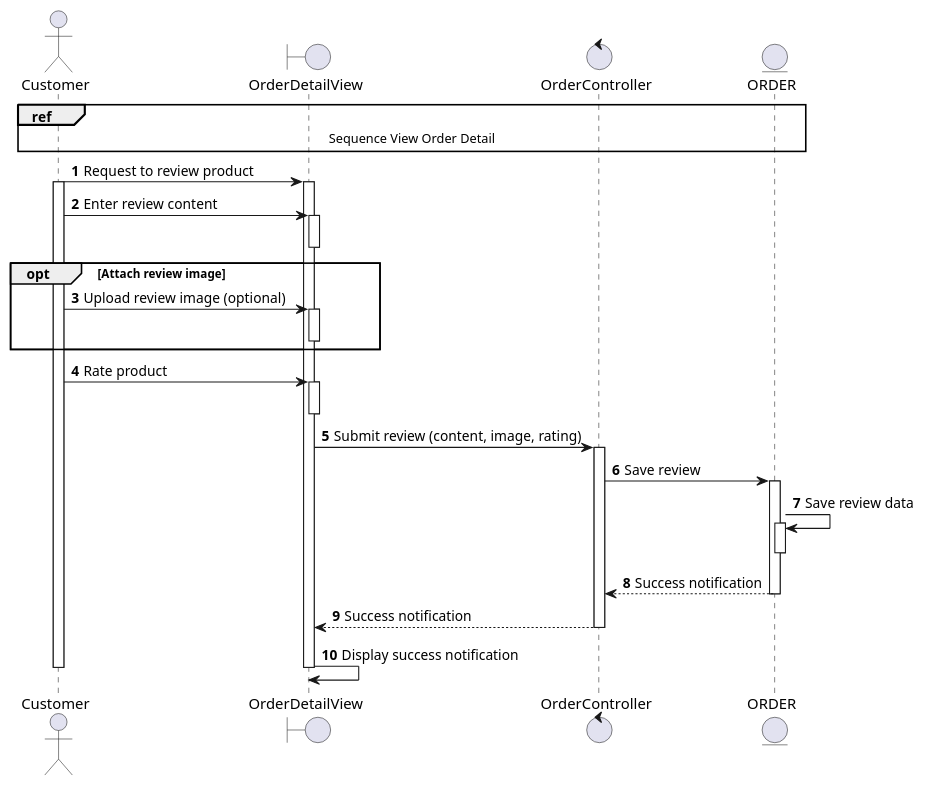
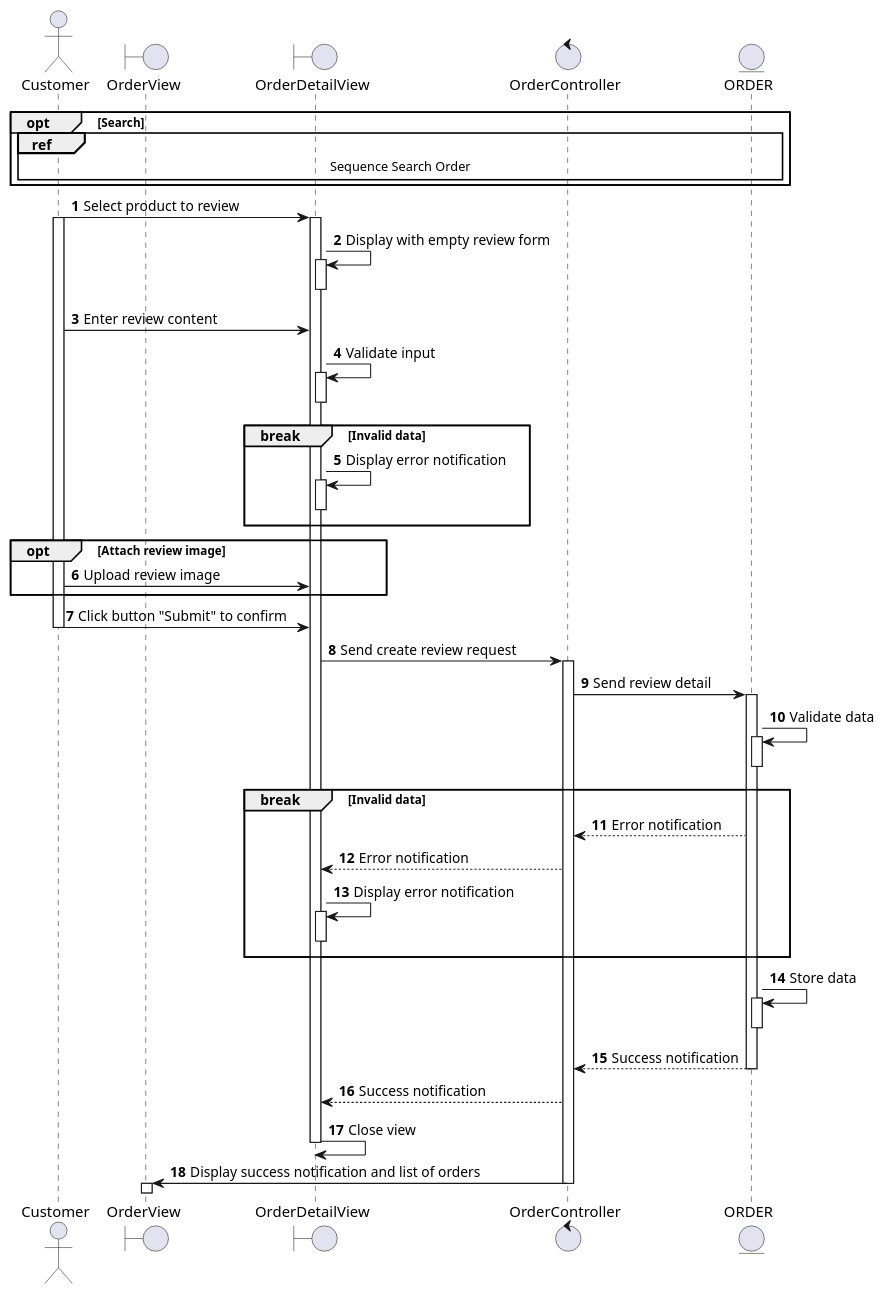
One commit to electricilies/electricilies.github.io changed the diagram in docs/docs/sequence/view-order/review-product.md. Above: the diagram before and after it, drawn with PlantUML. The commit also changed 20 other files, not shown here.

````diff
--- a/docs/docs/sequence/view-order/review-product.md
+++ b/docs/docs/sequence/view-order/review-product.md
@@ -3,41 +3,61 @@
 ```plantuml
 @startuml
 autonumber
 
 actor Customer as C
+boundary OrderView as OV
 boundary OrderDetailView as ODV
 control OrderController as OC
 entity ORDER as O
 
-ref over C, O: Sequence View Order Detail
-C -> ODV: Request to review product
+opt Search
+  ref over C, O: Sequence Search Order
+end
+C -> ODV: Select product to review
 activate C
 activate ODV
-C -> ODV: Enter review content
+ODV -> ODV: Display with empty review form
 activate ODV
 deactivate ODV
-opt Attach review image
-  C -> ODV: Upload review image (optional)
+C -> ODV: Enter review content
+ODV -> ODV: Validate input
+activate ODV
+deactivate ODV
+break Invalid data
+  ODV -> ODV: Display error notification
   activate ODV
   deactivate ODV
 end
-C -> ODV: Rate product
-activate ODV
-deactivate ODV
-ODV -> OC: Submit review (content, image, rating)
+opt Attach review image
+  C -> ODV: Upload review image
+end
+C -> ODV: Click button "Submit" to confirm
+deactivate C
+ODV -> OC: Send create review request
 activate OC
-OC -> O: Save review
+OC -> O: Send review detail
 activate O
-O -> O: Save review data
+O -> O: Validate data
+activate O
+deactivate O
+break Invalid data
+  OC <-- O: Error notification
+  ODV <-- OC: Error notification
+  ODV -> ODV: Display error notification
+  activate ODV
+  deactivate ODV
+end
+O -> O: Store data
 activate O
 deactivate O
 OC <-- O: Success notification
 deactivate O
 ODV <-- OC: Success notification
+ODV -> ODV: Close view
+deactivate ODV
+OV <- OC: Display success notification and list of orders
 deactivate OC
-ODV -> ODV: Display success notification
-deactivate ODV
-deactivate C
+activate OV
 
 @enduml
 ```
````
